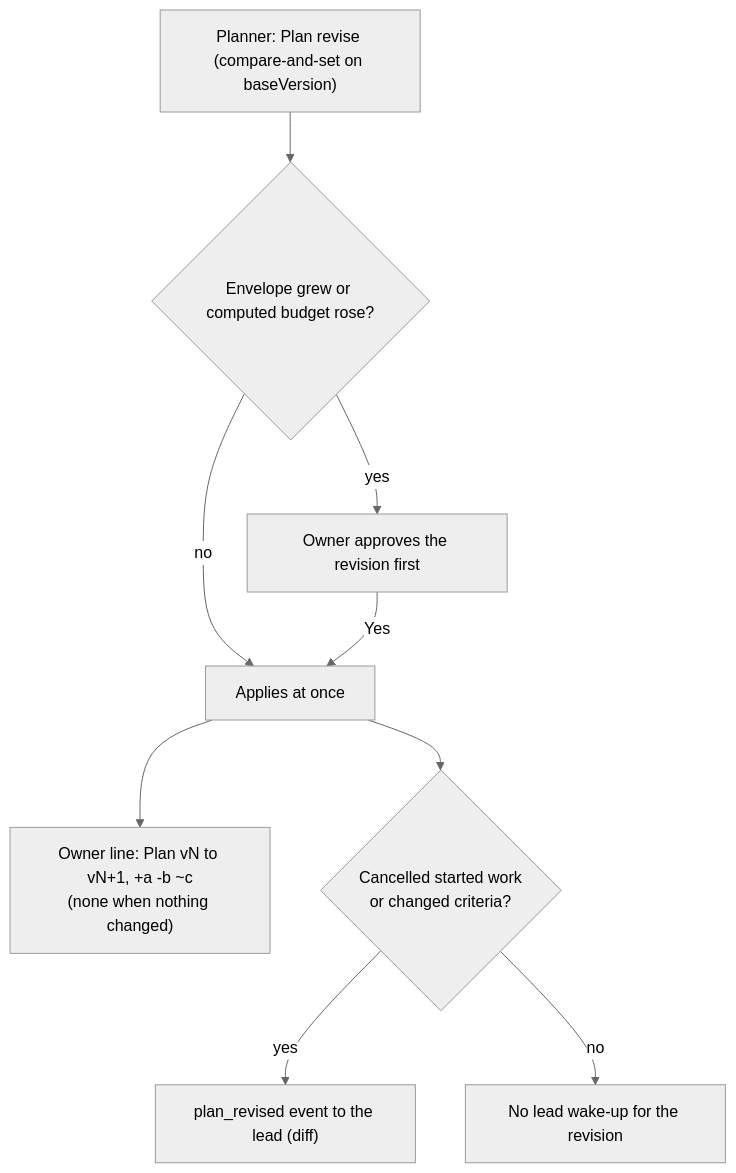
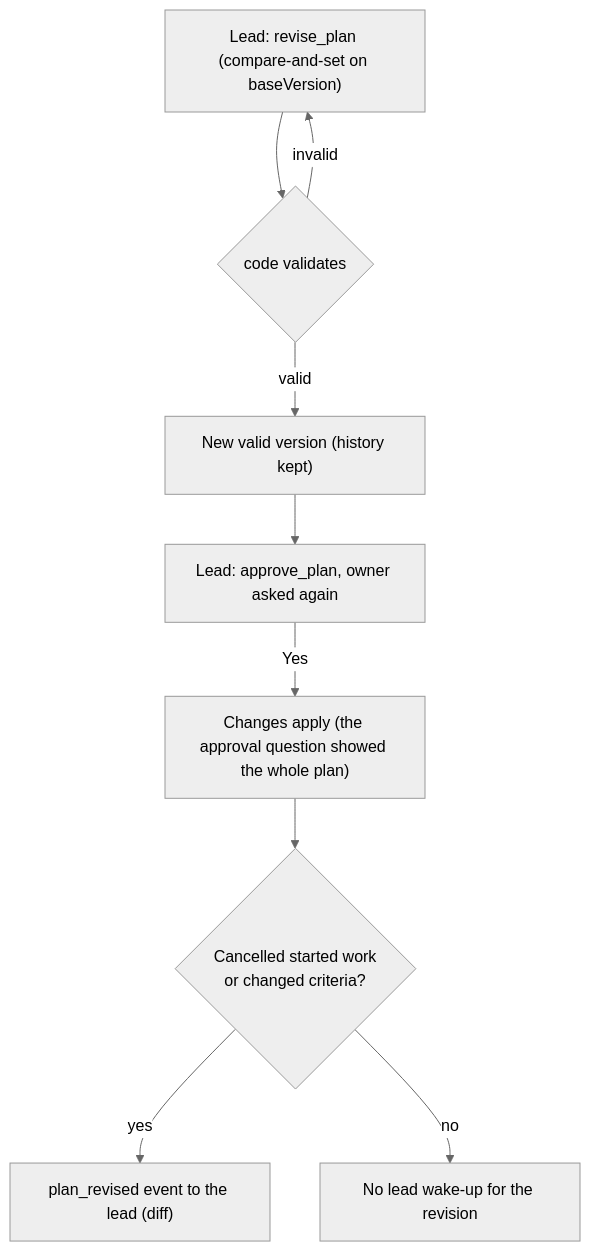
Before and after one commit to longlee218/slim-friday: the fourth of 6 diagrams in docs/lead-team-flow.md, drawn with Mermaid (neutral theme). The commit also changed other lines of this file and 5 other files, not shown here.

Commit message:
docs: describe the lead-written plan flow, drop planner and rolling waves

````diff
--- a/docs/lead-team-flow.md
+++ b/docs/lead-team-flow.md
@@ -88,11 +83,11 @@
 ```mermaid
 flowchart TD
-    REV["Planner: Plan revise (compare-and-set on baseVersion)"] --> Q{"Envelope grew or computed budget rose?"}
-    Q -->|yes| OWN["Owner approves the revision first"]
-    Q -->|no| APPLY["Applies at once"]
-    OWN -->|Yes| APPLY
-    APPLY --> LINE["Owner line: Plan vN to vN+1, +a -b ~c<br/>(none when nothing changed)"]
+    REV["Lead: revise_plan (compare-and-set on baseVersion)"] --> VAL{"code validates"}
+    VAL -->|invalid| REV
+    VAL -->|valid| NEW["New valid version (history kept)"]
+    NEW --> ASK["Lead: approve_plan, owner asked again"]
+    ASK -->|Yes| APPLY["Changes apply (the approval question showed the whole plan)"]
     APPLY --> CANCEL{"Cancelled started work<br/>or changed criteria?"}
     CANCEL -->|yes| PR["plan_revised event to the lead (diff)"]
     CANCEL -->|no| QUIET["No lead wake-up for the revision"]
 ```
````
